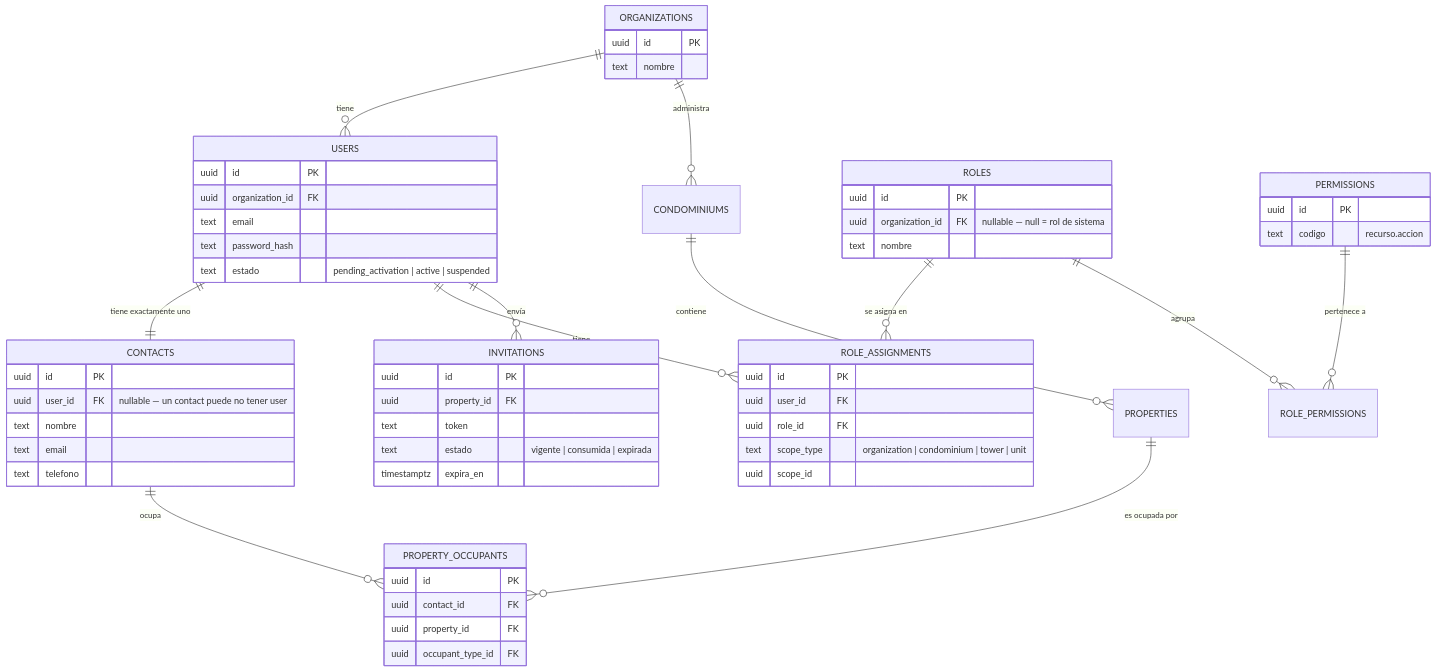
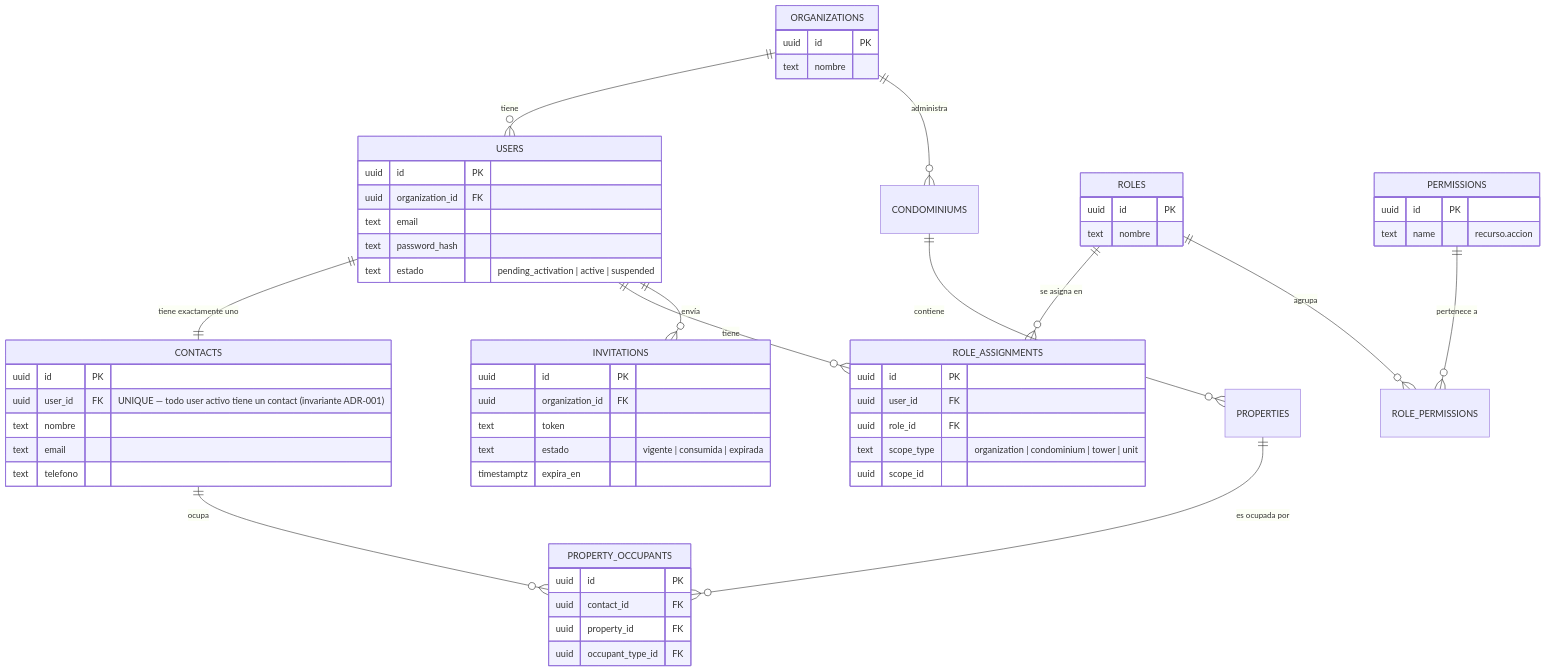
The diagram in shared/DATA_MODEL.md (urbaniadev01/URBANIA_NEW), drawn with Mermaid before and after one commit. The commit also changed 99 other files, not shown here.

````diff
--- a/shared/DATA_MODEL.md
+++ b/shared/DATA_MODEL.md
@@ -32,62 +32,61 @@
 ```mermaid
 erDiagram
     ORGANIZATIONS ||--o{ USERS : "tiene"
     ORGANIZATIONS ||--o{ CONDOMINIUMS : "administra"
     USERS ||--|| CONTACTS : "tiene exactamente uno"
     CONTACTS ||--o{ PROPERTY_OCCUPANTS : "ocupa"
     CONDOMINIUMS ||--o{ PROPERTIES : "contiene"
     PROPERTIES ||--o{ PROPERTY_OCCUPANTS : "es ocupada por"
     USERS ||--o{ ROLE_ASSIGNMENTS : "tiene"
     ROLES ||--o{ ROLE_ASSIGNMENTS : "se asigna en"
     ROLES ||--o{ ROLE_PERMISSIONS : "agrupa"
     PERMISSIONS ||--o{ ROLE_PERMISSIONS : "pertenece a"
     USERS ||--o{ INVITATIONS : "envía"
 
     ORGANIZATIONS {
         uuid id PK
         text nombre
     }
     USERS {
         uuid id PK
         uuid organization_id FK
         text email
         text password_hash
         text estado "pending_activation | active | suspended"
     }
     CONTACTS {
         uuid id PK
-        uuid user_id FK "nullable — un contact puede no tener user"
+        uuid user_id FK "UNIQUE — todo user activo tiene un contact (invariante ADR-001)"
         text nombre
         text email
         text telefono
     }
     PROPERTY_OCCUPANTS {
         uuid id PK
         uuid contact_id FK
         uuid property_id FK
         uuid occupant_type_id FK
     }
     INVITATIONS {
         uuid id PK
-        uuid property_id FK
+        uuid organization_id FK
         text token
         text estado "vigente | consumida | expirada"
         timestamptz expira_en
     }
     ROLES {
         uuid id PK
-        uuid organization_id FK "nullable — null = rol de sistema"
         text nombre
     }
     PERMISSIONS {
         uuid id PK
-        text codigo "recurso.accion"
+        text name "recurso.accion"
     }
     ROLE_ASSIGNMENTS {
         uuid id PK
         uuid user_id FK
         uuid role_id FK
         text scope_type "organization | condominium | tower | unit"
         uuid scope_id
     }
 ```
````
